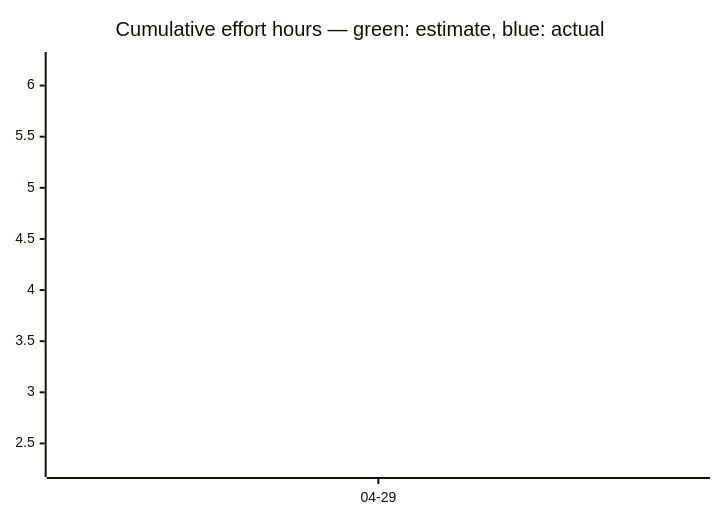
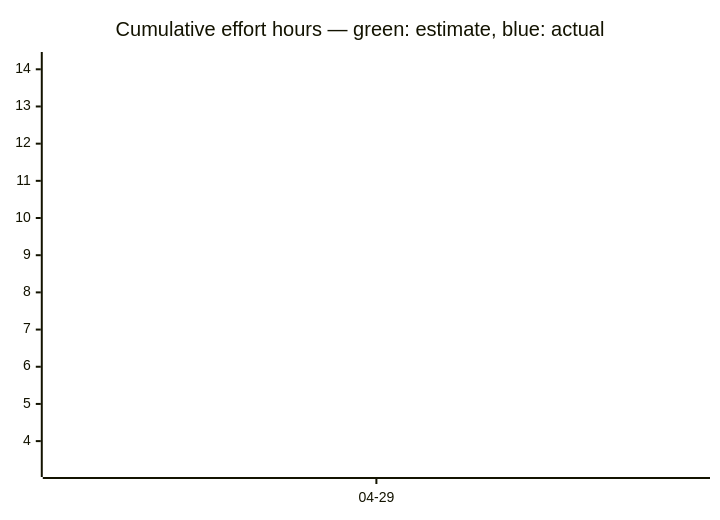
One commit to tgd1975/AwesomeStudioPedal changed the third of 3 diagrams in docs/developers/tasks/OVERVIEW.md. Above: the diagram before and after it, drawn with Mermaid. The commit also changed other lines of this file and 2 other files, not shown here.

Commit message:
archive IDEA-017 — community profiles repository
Implementation shipped in v0.4.0 via TASK-166..177 (scaffold,
starter sets, index generator, CI checks, config-builder modal +
filter, simulator gallery, Flutter service/screen/navigation).
Move the idea file out of open/ so the ideas index reflects reality.

````diff
--- a/docs/developers/tasks/OVERVIEW.md
+++ b/docs/developers/tasks/OVERVIEW.md
@@ -38,7 +38,7 @@
 ```mermaid
 xychart-beta
     title "Cumulative effort hours — green: estimate, blue: actual"
     x-axis ["04-29"]
-    line [6.25]
-    line [2.25]
+    line [14.25]
+    line [3.25]
 ```
````
